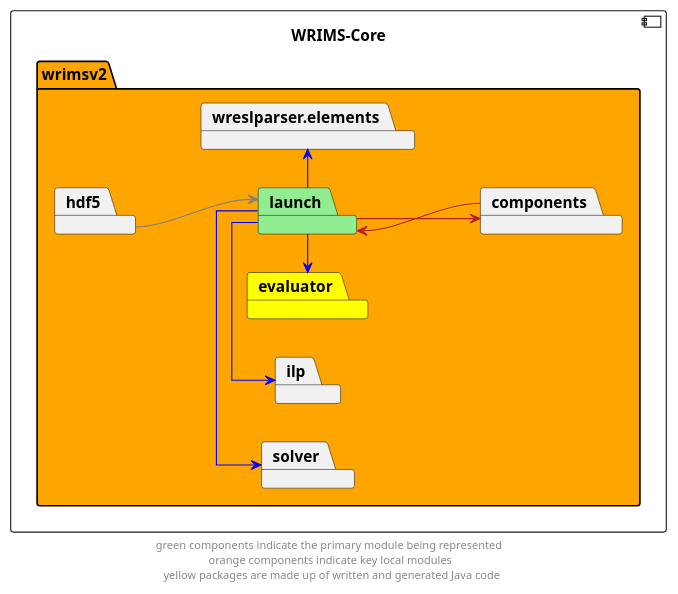
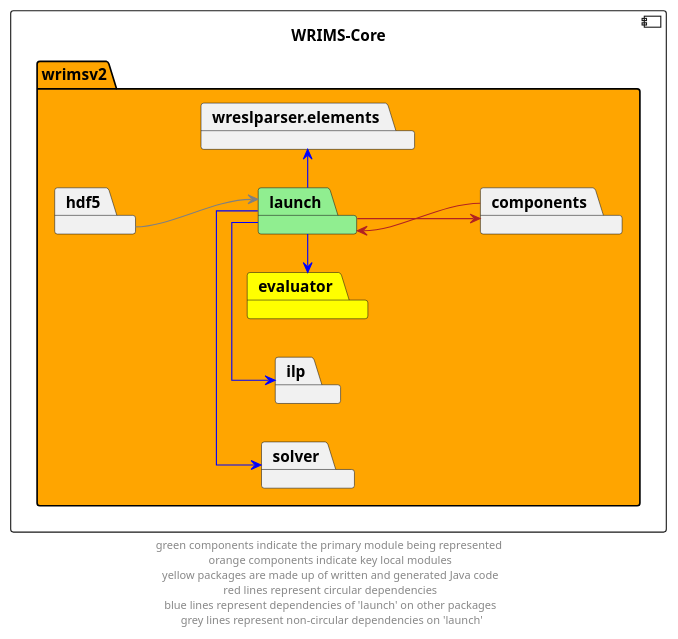
The diagram in docs/diagrams/wrims-core/wrims-core_launch.puml (CentralValleyModeling/wrims-engine), drawn with PlantUML before and after one commit. The commit also changed 1 other file, not shown here.

Commit message:
Added missing line-color definition to wrims-core_launch.puml

```diff
--- a/docs/diagrams/wrims-core/wrims-core_launch.puml
+++ b/docs/diagrams/wrims-core/wrims-core_launch.puml
@@ -1,31 +1,31 @@
 @startuml
 left to right direction
 skinparam linetype ortho
 
 component wrims_core as "WRIMS-Core"  {
     package wrimsv2 #orange {
         package launch #lightgreen
         package components
         package evaluator #yellow
         package solver
         package hdf5
         package ilp
         package wreslparser.elements
     }
 }
 
 launch -->  components #firebrick
 components --> launch #firebrick
 
 launch -left->  evaluator #blue
 launch -left->  ilp #blue
 launch -left->  solver #blue
 launch -r->  wreslparser.elements #blue
 
 hdf5 --> launch #grey
 
 ' The following relationships are hidden and used to format the diagram. They do not represent actual dependencies.
 'debug -r[hidden]-> evaluator
 
-footer "green components indicate the primary module being represented \n orange components indicate key local modules \n yellow packages are made up of written and generated Java code"
+footer "green components indicate the primary module being represented \n orange components indicate key local modules \n yellow packages are made up of written and generated Java code \n red lines represent circular dependencies \n blue lines represent dependencies of 'launch' on other packages \n grey lines represent non-circular dependencies on 'launch'"
 @enduml
```
